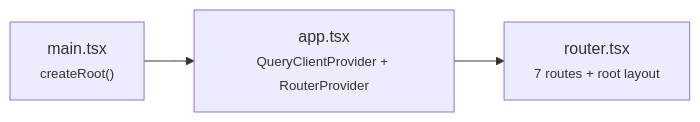
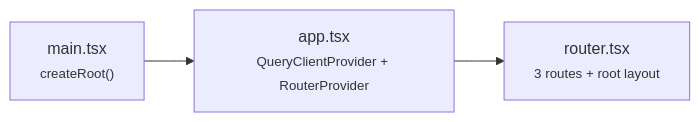
The third of 3 diagrams in src/README.md (muchiny/wsl-dashboard), drawn with Mermaid before and after one commit. The commit also changed other lines of this file and 10 other files, not shown here.

First line of the commit message:
docs: update all 11 READMEs to reflect current architecture

````diff
--- a/src/README.md
+++ b/src/README.md
@@ -217,8 +239,8 @@
 ```mermaid
 graph LR
     M["main.tsx<br/><small>createRoot()</small>"]
     A["app.tsx<br/><small>QueryClientProvider + RouterProvider</small>"]
-    R["router.tsx<br/><small>7 routes + root layout</small>"]
+    R["router.tsx<br/><small>3 routes + root layout</small>"]
 
     M --> A --> R
 ```
````
